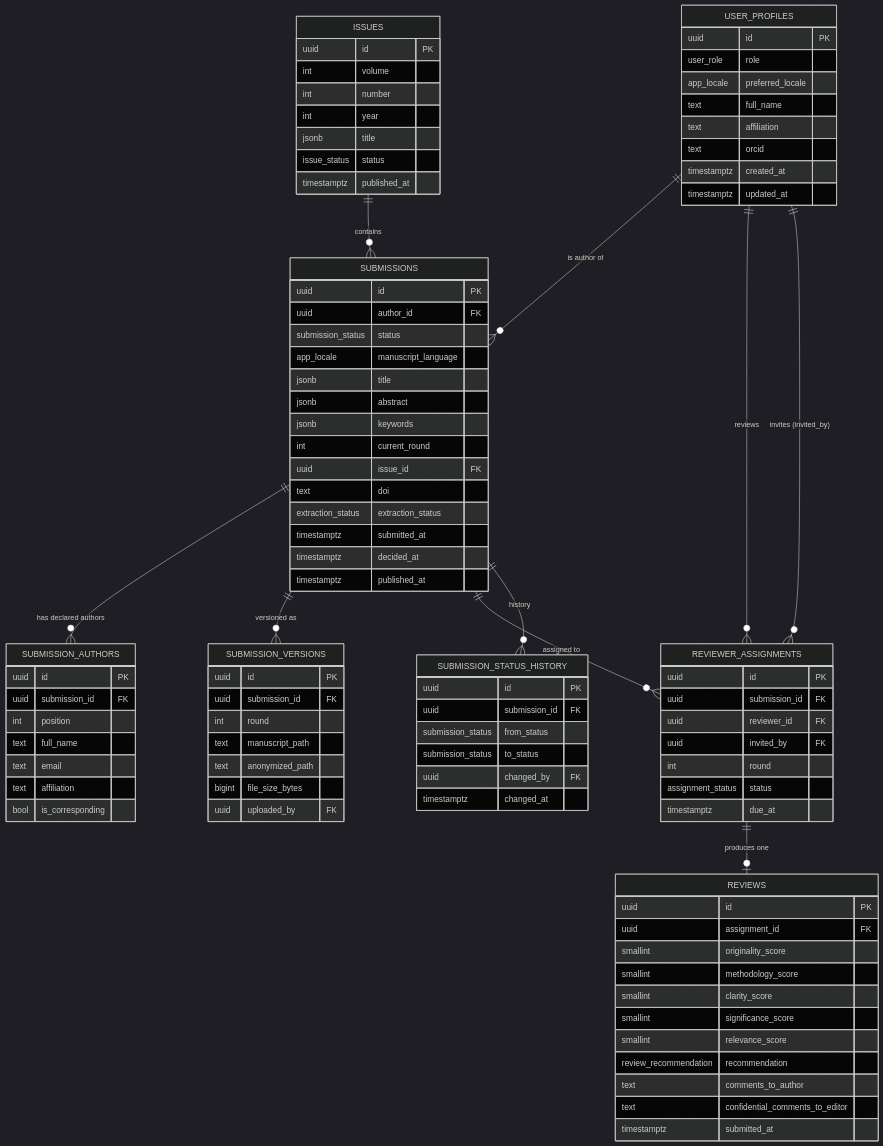
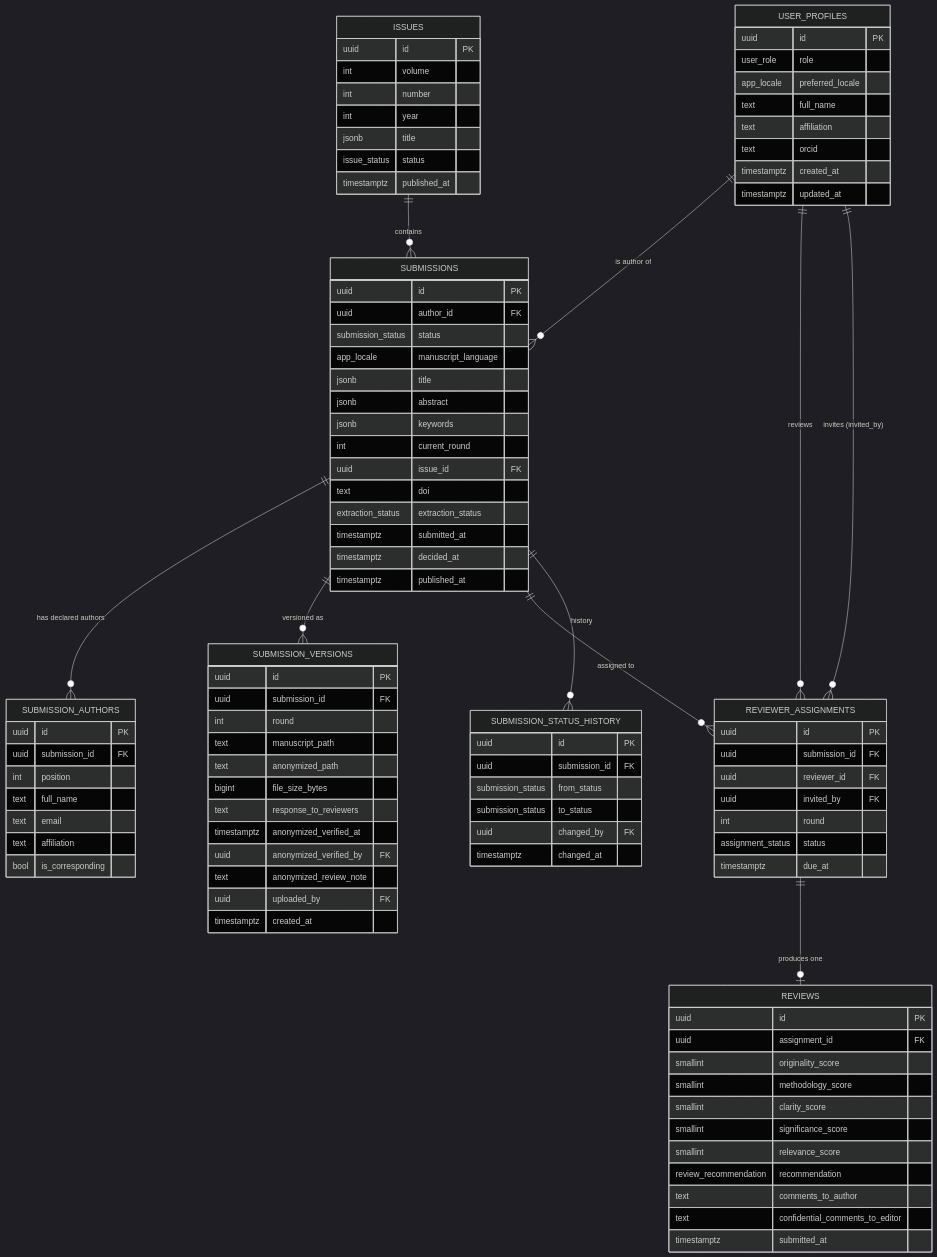
The first of 2 diagrams in docs/DATABASE.md (fadiamzr/journal-platform), drawn with Mermaid (dark theme) before and after one commit. The commit also changed other lines of this file and 29 other files, not shown here.

```diff
--- a/docs/DATABASE.md
+++ b/docs/DATABASE.md
@@ -55,7 +55,12 @@
     text manuscript_path
     text anonymized_path
     bigint file_size_bytes
+    text response_to_reviewers
+    timestamptz anonymized_verified_at
+    uuid anonymized_verified_by FK
+    text anonymized_review_note
     uuid uploaded_by FK
+    timestamptz created_at
   }
   REVIEWER_ASSIGNMENTS {
     uuid id PK
```
